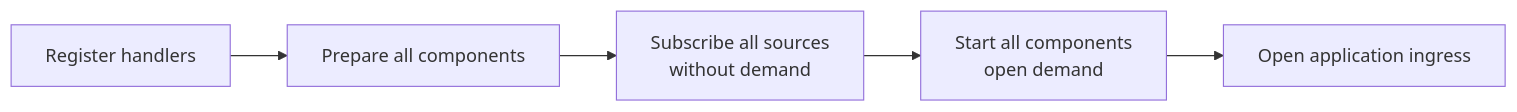
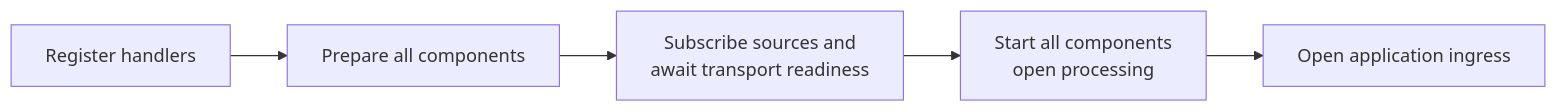
The third of 4 diagrams in document/design/2026-07-28-runtime-orchestration.md (Ahoo-Wang/Wow), drawn with Mermaid before and after one commit. The commit also changed other lines of this file and 55 other files, not shown here.

````diff
--- a/document/design/2026-07-28-runtime-orchestration.md
+++ b/document/design/2026-07-28-runtime-orchestration.md
@@ -85,7 +89,7 @@
 ```mermaid
 flowchart LR
   A["Register handlers"] --> P["Prepare all components"]
-  P --> S["Subscribe all sources<br/>without demand"]
-  S --> O["Start all components<br/>open demand"]
+  P --> S["Subscribe sources and<br/>await transport readiness"]
+  S --> O["Start all components<br/>open processing"]
   O --> I["Open application ingress"]
 ```
````
